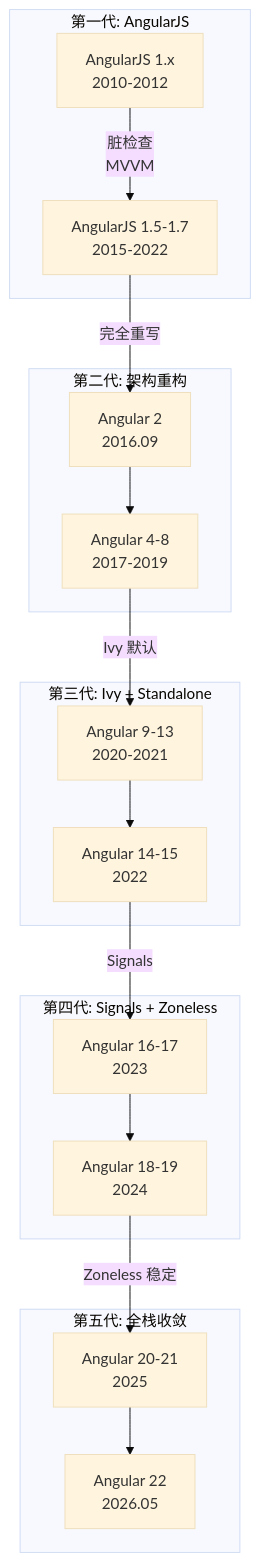
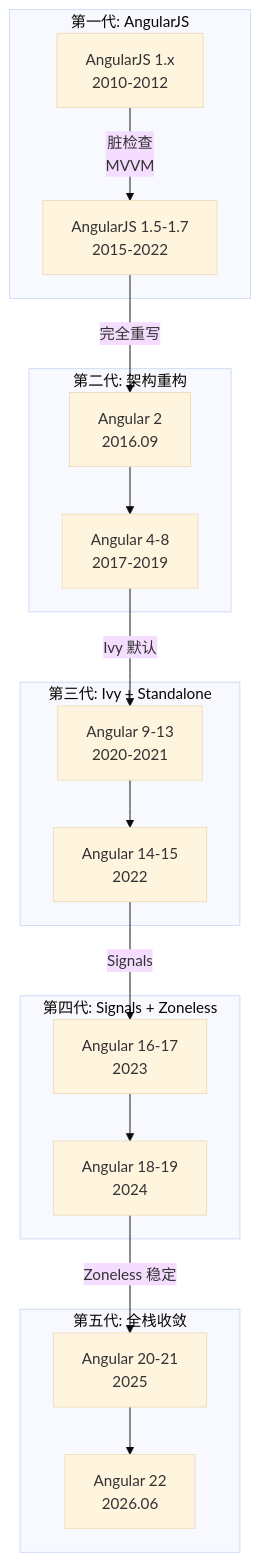
The diagram in content/40-RESOURCES/Angular版本演进.md (pedyc/dg.pedyc), drawn with Mermaid (base theme) before and after one commit. The commit also changed other lines of this file and 2 other files, not shown here.

````diff
--- a/content/40-RESOURCES/Angular版本演进.md
+++ b/content/40-RESOURCES/Angular版本演进.md
@@ -24,27 +24,27 @@
 ```mermaid
 graph TD
     subgraph 第一代: AngularJS
         A[AngularJS 1.x<br/>2010-2012] -->|"脏检查<br/>MVVM"| B[AngularJS 1.5-1.7<br/>2015-2022]
     end
 
     subgraph 第二代: 架构重构
         C[Angular 2<br/>2016.09] --> D[Angular 4-8<br/>2017-2019]
     end
 
     subgraph 第三代: Ivy + Standalone
         E[Angular 9-13<br/>2020-2021] --> F[Angular 14-15<br/>2022]
     end
 
     subgraph 第四代: Signals + Zoneless
         G[Angular 16-17<br/>2023] --> H[Angular 18-19<br/>2024]
     end
 
     subgraph 第五代: 全栈收敛
-        I[Angular 20-21<br/>2025] --> J[Angular 22<br/>2026.05]
+        I[Angular 20-21<br/>2025] --> J[Angular 22<br/>2026.06]
     end
 
     B -->|"完全重写"| C
     D -->|"Ivy 默认"| E
     F -->|"Signals"| G
     H -->|"Zoneless 稳定"| I
 ```
````
